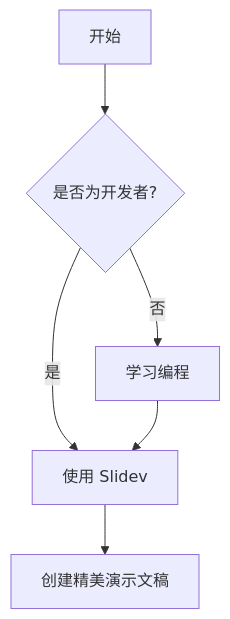
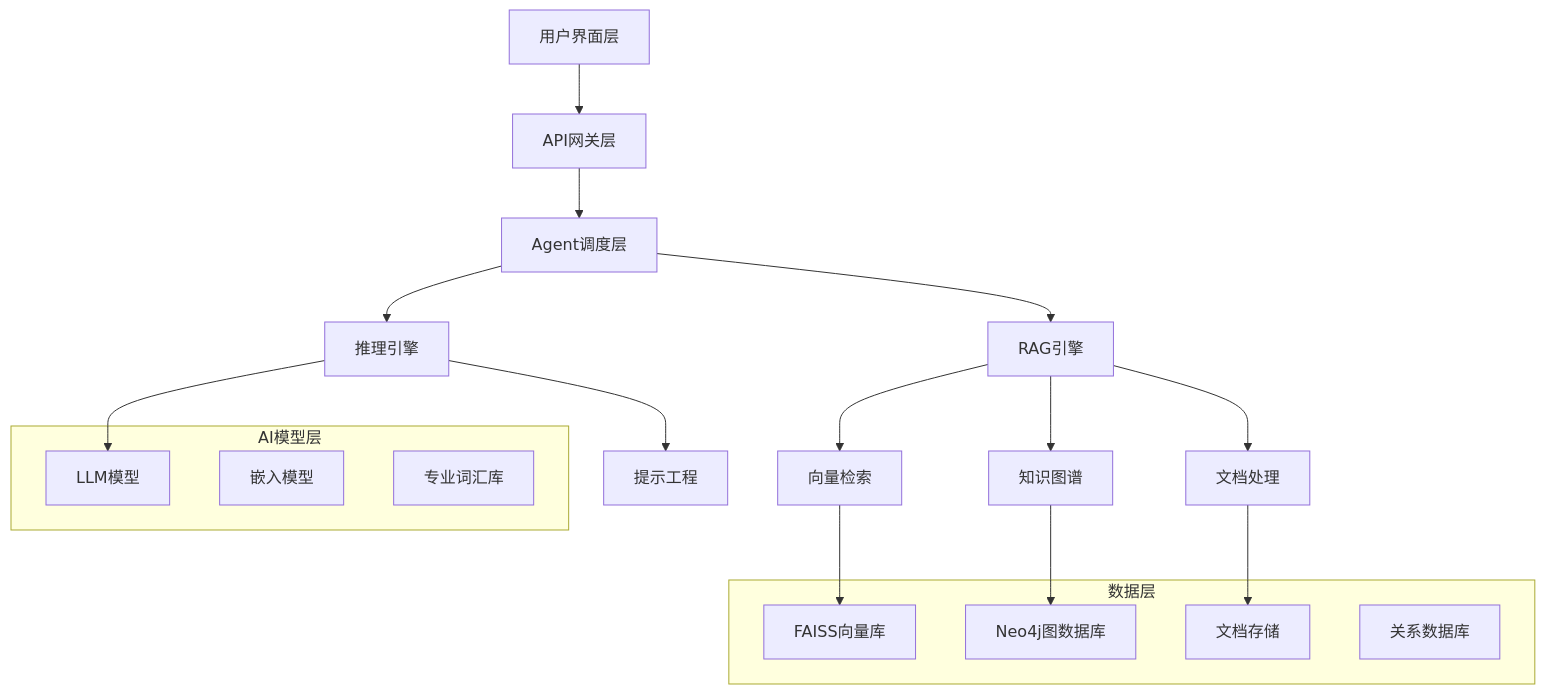
One commit to KleMoretti/RAG_Agent changed the diagram in presentation/slidev/slides.md. Above: the diagram before and after it, drawn with Mermaid. The commit also changed other lines of this file and 5 other files, not shown here.

````diff
--- a/presentation/slidev/slides.md
+++ b/presentation/slidev/slides.md
@@ -341,8 +200,31 @@
-```mermaid
-graph TD
-  A[开始] --> B{是否为开发者?}
-  B -->|是| C[使用 Slidev]
-  B -->|否| D[学习编程]
-  D --> C
-  C --> E[创建精美演示文稿]
+```mermaid {scale: 0.6}
+graph TB
+    A[用户界面层] --> B[API网关层]
+    B --> C[Agent调度层]
+    C --> D[RAG引擎]
+    C --> E[推理引擎]
+    
+    D --> F[向量检索]
+    D --> G[知识图谱]
+    D --> H[文档处理]
+    
+    F --> I[FAISS向量库]
+    G --> J[Neo4j图数据库]
+    H --> K[文档存储]
+    
+    E --> L[LLM模型]
+    E --> M[提示工程]
+    
+    subgraph "数据层"
+        I
+        J
+        K
+        N[关系数据库]
+    end
+    
+    subgraph "AI模型层"
+        L
+        O[嵌入模型]
+        P[专业词汇库]
+    end
 ```
````
